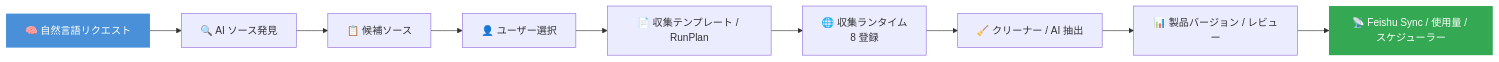
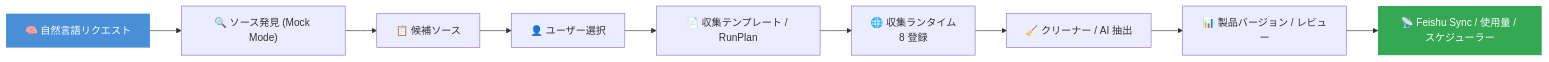
One commit to a672780966/Competitive-Product-Intelligence-System changed the first of 2 diagrams in docs/README.ja.md. Above: the diagram before and after it, drawn with Mermaid. The commit also changed other lines of this file and 23 other files, not shown here.

````diff
--- a/docs/README.ja.md
+++ b/docs/README.ja.md
@@ -34,14 +35,14 @@
 ```mermaid
 flowchart LR
-    A["🧠 自然言語リクエスト"] --> B["🔍 AI ソース発見"]
+    A["🧠 自然言語リクエスト"] --> B["🔍 ソース発見 (Mock Mode)"]
     B --> C["📋 候補ソース"]
     C --> D["👤 ユーザー選択"]
     D --> E["📄 収集テンプレート / RunPlan"]
     E --> F["🌐 収集ランタイム<br/>8 登録"]
     F --> G["🧹 クリーナー / AI 抽出"]
     G --> H["📊 製品バージョン / レビュー"]
     H --> I["📡 Feishu Sync / 使用量 / スケジューラー"]
 
     style A fill:#4A90D9,color:#fff,stroke:none
     style I fill:#34A853,color:#fff,stroke:none
 ```
````
